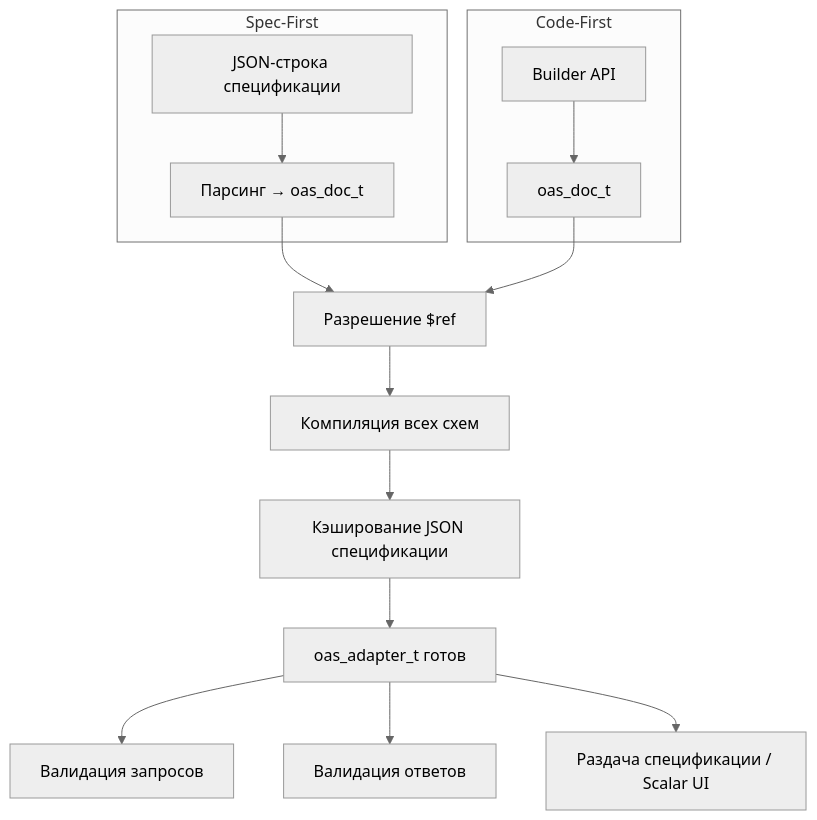
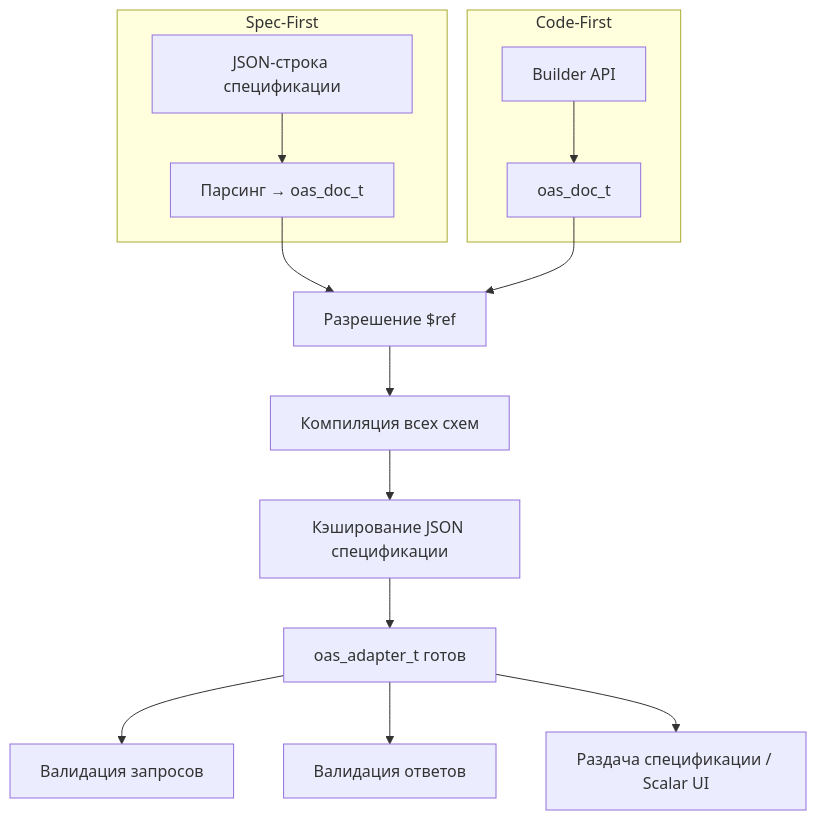
Before and after one commit to ioplane/liboas: the diagram in docs/ru/06-integration.md, drawn with Mermaid. The commit also changed 10 other files, not shown here.

First line of the commit message:
fix: remove forced Mermaid theme for GitHub dark mode compatibility

````diff
--- a/docs/ru/06-integration.md
+++ b/docs/ru/06-integration.md
@@ -39,28 +39,27 @@
 ```mermaid
-%%{init: {'theme': 'neutral'}}%%
 graph TD
     subgraph specfirst["Spec-First"]
         JSON["JSON-строка спецификации"]
         PARSE["Парсинг → oas_doc_t"]
         JSON --> PARSE
     end
 
     subgraph codefirst["Code-First"]
         BUILD["Builder API"]
         DOC2["oas_doc_t"]
         BUILD --> DOC2
     end
 
     RESOLVE["Разрешение $ref"]
     COMPILE["Компиляция всех схем"]
     CACHE["Кэширование JSON спецификации"]
     ADAPTER["oas_adapter_t готов"]
 
     PARSE --> RESOLVE
     DOC2 --> RESOLVE
     RESOLVE --> COMPILE --> CACHE --> ADAPTER
 
     ADAPTER --> VREQ["Валидация запросов"]
     ADAPTER --> VRESP["Валидация ответов"]
     ADAPTER --> SERVE["Раздача спецификации / Scalar UI"]
 ```
````
